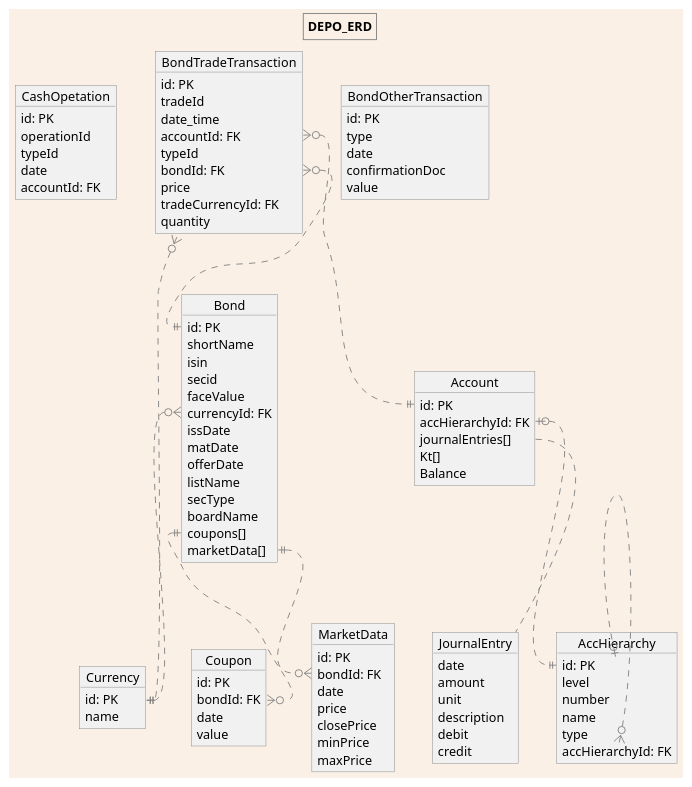
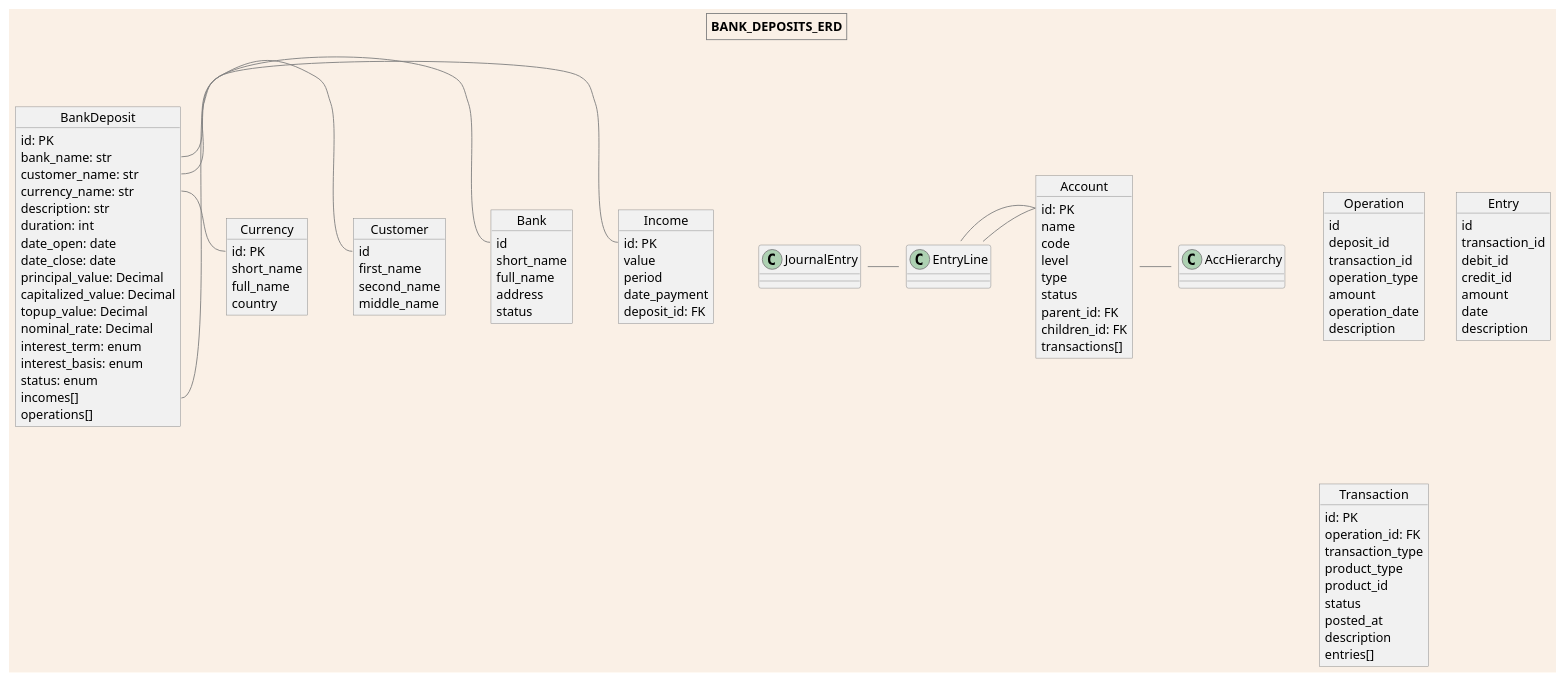
The diagram in erd/depo.puml (smdyan/depo24), drawn with PlantUML before and after one commit. The commit also changed 30 other files, not shown here.

Commit message:
added ledger, import acconunt chart

```diff
--- a/erd/depo.puml
+++ b/erd/depo.puml
@@ -1,123 +1,129 @@
 @startuml depo_erd
 'https://plantuml.com/object-diagram
 'Opt+D to Preview
 
 <style>
     document {
         BackGroundColor Linen
     }
     root {
         FontColor #?black:white
         LineColor gray
     }
 </style>
 
-title DEPO_ERD
+title BANK_DEPOSITS_ERD
+
+object BankDeposit {
+    id: PK
+    bank_name: str
+    customer_name: str
+    currency_name: str
+    description: str
+    duration: int
+    date_open: date
+    date_close: date
+    principal_value: Decimal
+    capitalized_value: Decimal
+    topup_value: Decimal
+    nominal_rate: Decimal
+    interest_term: enum
+    interest_basis: enum
+    status: enum
+    incomes[]
+    operations[]
+}
+
+object Income {
+    id: PK
+    value
+    period
+    date_payment
+    deposit_id: FK
+}
+
+object Operation {
+    id
+    deposit_id
+    transaction_id
+    operation_type
+    amount
+    operation_date
+    description
+}
 
 
-
-object CashOpetation {
-    id: PK
-    operationId
-    typeId
-    date
-    accountId: FK
+object Customer {
+    id
+    first_name
+    second_name
+    middle_name
 }
 
-object BondTradeTransaction {
-    id: PK
-    tradeId
-    date_time
-    accountId: FK
-    typeId
-    bondId: FK
-    price
-    tradeCurrencyId: FK
-    quantity
+
+object Bank {
+    id
+    short_name
+    full_name
+    address
+    status
 }
 
-object BondOtherTransaction {
-    id: PK
-    type
-    date
-    confirmationDoc
-    value
-}
-
-object Bond {
-    id: PK
-    shortName
-    isin
-    secid
-    faceValue
-    currencyId: FK
-    issDate
-    matDate
-    offerDate
-    listName
-    secType
-    boardName
-    coupons[]
-    marketData[]
-}
-
-object MarketData {
-    id: PK
-    bondId: FK
-    date
-    price
-    closePrice
-    minPrice
-    maxPrice
-}
-
-object Coupon {
-    id: PK
-    bondId: FK
-    date
-    value
-}
 
 object Currency {
     id: PK
-    name
+    short_name
+    full_name
+    country
 }
+
 
 object  Account {
     id: PK
-    accHierarchyId: FK
-    journalEntries[]
-    Kt[]
-    Balance
+    name
+    code
+    level
+    type
+    status
+    parent_id: FK
+    children_id: FK
+    transactions[]
 }
 
-' синтетический счет, субсчет, аналитический счет
-object AccHierarchy {
-    id: PK
-    level
-    number
-    name
-    type
-    accHierarchyId: FK
+
+object Entry {
+    id
+    transaction_id
+    debit_id
+    credit_id
+    amount
+    date
+    description
 }
 
-object JournalEntry {
-    date
-    amount
-    unit
+
+object Transaction {
+    id: PK
+    operation_id: FK
+    transaction_type
+    product_type
+    product_id
+    status
+    posted_at
     description
-    debit
-    credit
+    entries[]
 }
 
-BondTradeTransaction::bondId       }o..||  Bond::id
-BondTradeTransaction::accountId    }o..||  Account::id
-BondTradeTransaction::currencyId    }o..||  Currency::id
-Bond::currencyId }o..|| Currency::id
-Bond::coupons  ||..o{  Coupon::bondId
-Bond::marketData    ||..o{  MarketData::bondId
-Account::accHierarchyId |o..|| AccHierarchy::id
-AccHierarchy::accHierarchyId }o....o| AccHierarchy::id
-Account::journalEntries .. JournalEntry
+
+BankDeposit::income - Income::id
+BankDeposit::bank_name - Bank::id
+BankDeposit::customer_name - Customer::id
+BankDeposit::currency_name - Currency::id
+
+JournalEntry::entryLines - EntryLine::id
+EntryLine::debit_acc_id - Account::id
+EntryLine::credit_acc_id - Account::id
+Account::accHierarchyId - AccHierarchy::id
+
 
 @enduml
```
